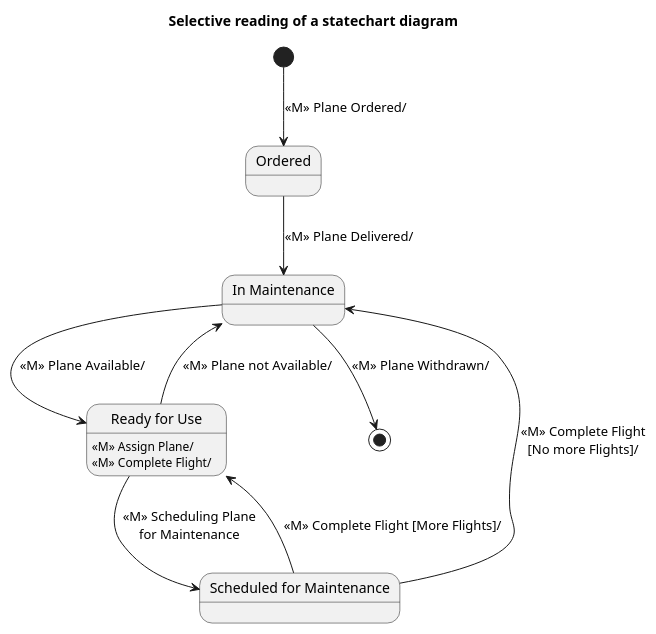
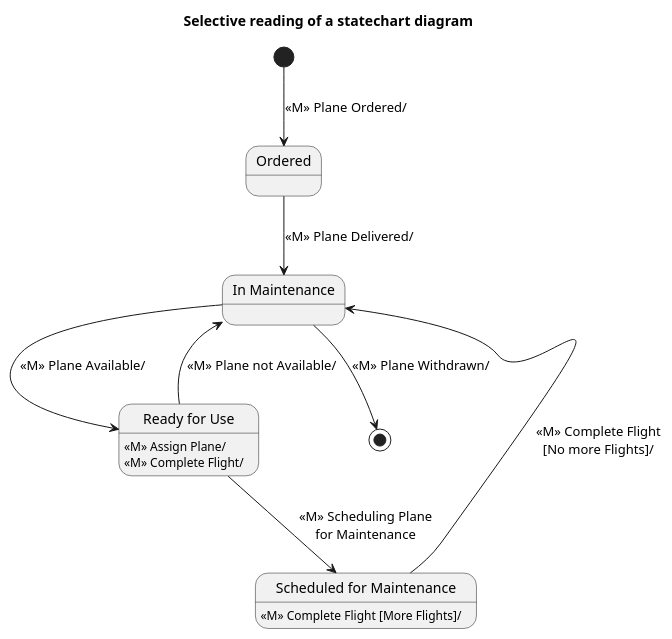
Before and after one commit to maimunafaria/State_transition_Diagram_generated_by_LLM: the diagram in dataset/case_61_plane/diagram.puml, drawn with PlantUML. The commit also changed 36 other files, not shown here.

Commit message:
verifying diagram ( plantuml )

```diff
--- a/dataset/case_61_plane/diagram.puml
+++ b/dataset/case_61_plane/diagram.puml
@@ -1,24 +1,24 @@
 @startuml
 title Selective reading of a statechart diagram
 
 [*] --> Ordered : «M» Plane Ordered/
 
 state Ordered
 state "In Maintenance" as InMaintenance
 state "Ready for Use" as ReadyForUse
 state "Scheduled for Maintenance" as ScheduledForMaintenance
 
 Ordered --> InMaintenance : «M» Plane Delivered/
 InMaintenance --> ReadyForUse : «M» Plane Available/
 ReadyForUse --> InMaintenance : «M» Plane not Available/
 
 ReadyForUse : «M» Assign Plane/
 ReadyForUse : «M» Complete Flight/
 
 ReadyForUse --> ScheduledForMaintenance : «M» Scheduling Plane\nfor Maintenance
-ScheduledForMaintenance --> ReadyForUse : «M» Complete Flight [More Flights]/
+ScheduledForMaintenance : «M» Complete Flight [More Flights]/
 ScheduledForMaintenance --> InMaintenance : «M» Complete Flight\n[No more Flights]/
 
 InMaintenance --> [*] : «M» Plane Withdrawn/
 
 @enduml
```
